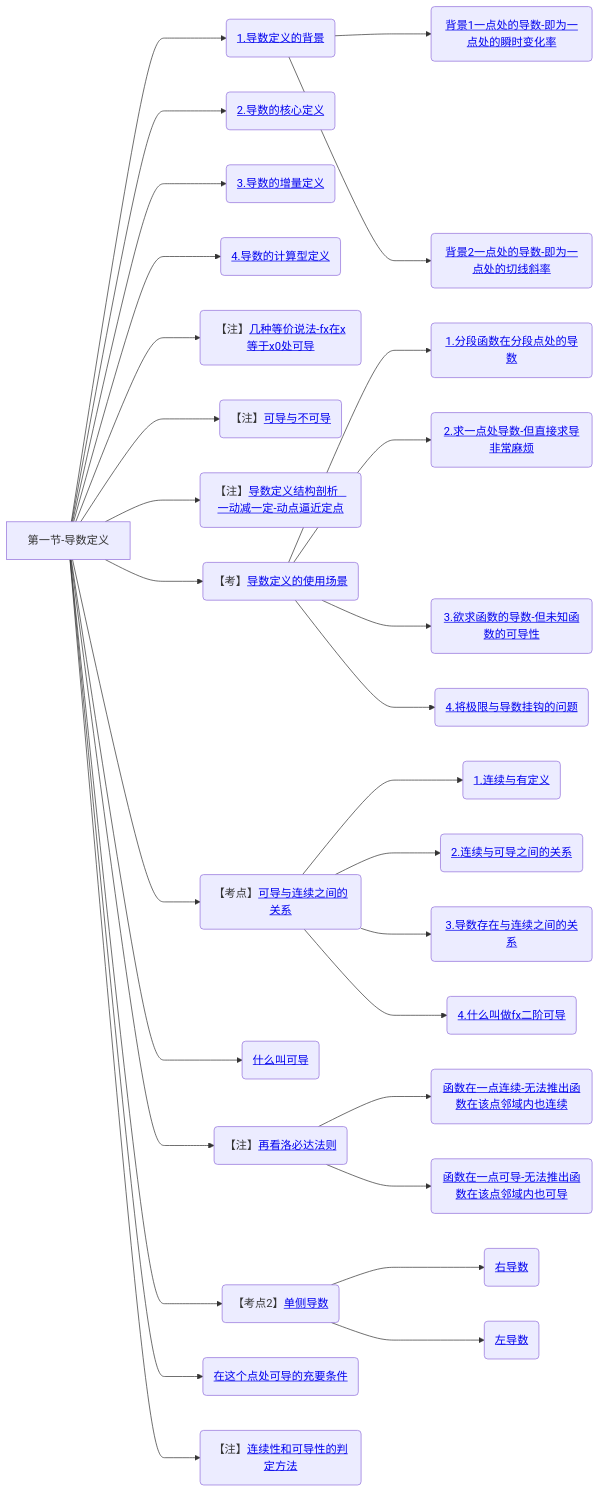
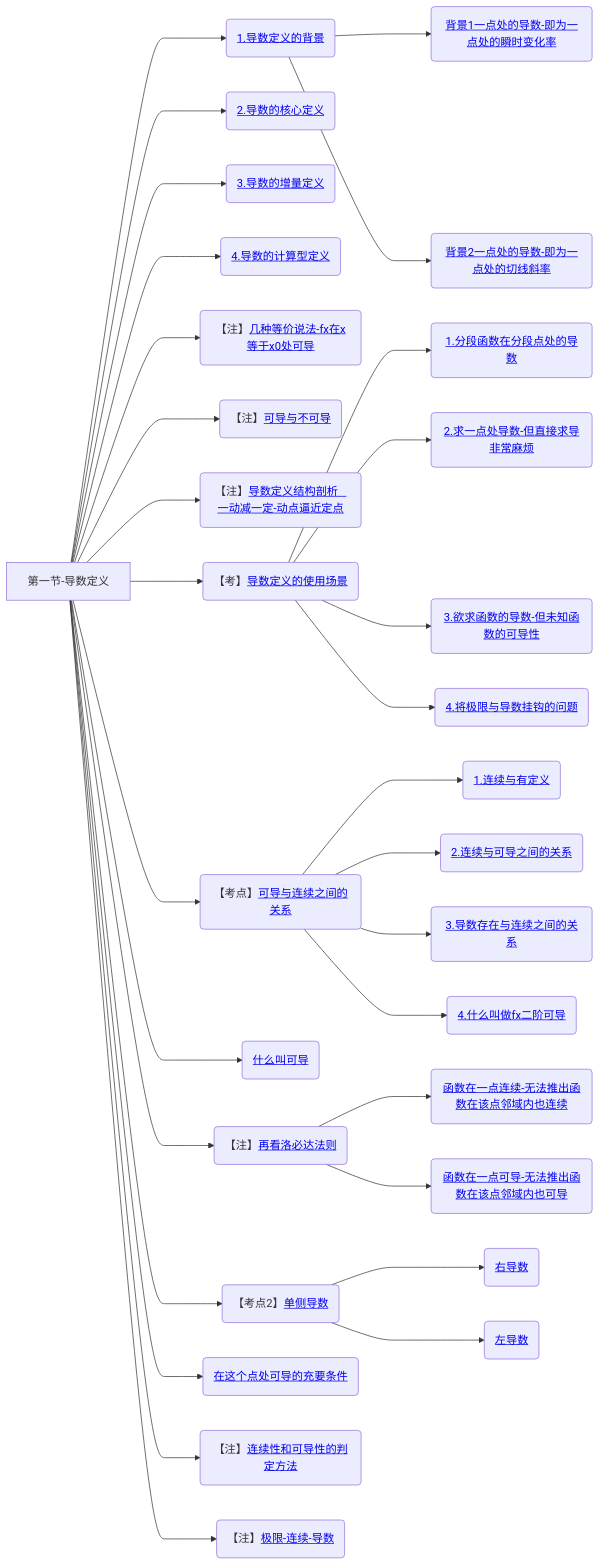
Diagram 11 of 11 in 笔记/数学/周洋鑫/01.基础班思维导图.md (yuebinghui/note), drawn with Mermaid before and after one commit. The commit also changed 3 other files, not shown here.

````diff
--- a/笔记/数学/周洋鑫/01.基础班思维导图.md
+++ b/笔记/数学/周洋鑫/01.基础班思维导图.md
@@ -401,40 +401,41 @@
 ```mermaid
 graph LR
 第一节-导数定义
 
 第一节-导数定义--->1.导数定义的背景(<a href="/Users/yuebinghui/Documents/program/github/note/笔记/数学/周洋鑫/基础班/10.连续与间断_导数定义_1.md#1.导数定义的背景">1.导数定义的背景</>)
 1.导数定义的背景--->背景1一点处的导数-即为一点处的瞬时变化率(<a href="/Users/yuebinghui/Documents/program/github/note/笔记/数学/周洋鑫/基础班/10.连续与间断_导数定义_1.md#背景1一点处的导数-即为一点处的瞬时变化率">背景1一点处的导数-即为一点处的瞬时变化率</>)
 1.导数定义的背景--->背景2一点处的导数-即为一点处的切线斜率(<a href="/Users/yuebinghui/Documents/program/github/note/笔记/数学/周洋鑫/基础班/10.连续与间断_导数定义_1.md#背景2一点处的导数-即为一点处的切线斜率">背景2一点处的导数-即为一点处的切线斜率</>)
 
 第一节-导数定义--->2.导数的核心定义(<a href="/Users/yuebinghui/Documents/program/github/note/笔记/数学/周洋鑫/基础班/10.连续与间断_导数定义_1.md#2.导数的核心定义">2.导数的核心定义</>)
 第一节-导数定义--->3.导数的增量定义(<a href="/Users/yuebinghui/Documents/program/github/note/笔记/数学/周洋鑫/基础班/10.连续与间断_导数定义_1.md#3.导数的增量定义">3.导数的增量定义</>)
 第一节-导数定义--->4.导数的计算型定义(<a href="/Users/yuebinghui/Documents/program/github/note/笔记/数学/周洋鑫/基础班/10.连续与间断_导数定义_1.md#4.导数的计算型定义">4.导数的计算型定义</>)
 
 第一节-导数定义--->几种等价说法-fx在x等于x0处可导(【注】<a href="/Users/yuebinghui/Documents/program/github/note/笔记/数学/周洋鑫/基础班/10.连续与间断_导数定义_1.md#几种等价说法-fx在x等于x0处可导">几种等价说法-fx在x等于x0处可导</>)
 第一节-导数定义--->可导与不可导(【注】<a href="/Users/yuebinghui/Documents/program/github/note/笔记/数学/周洋鑫/基础班/10.连续与间断_导数定义_1.md#可导与不可导">可导与不可导</>)
 第一节-导数定义--->导数定义结构剖析-一动减一定-动点逼近定点(【注】<a href="/Users/yuebinghui/Documents/program/github/note/笔记/数学/周洋鑫/基础班/10.连续与间断_导数定义_1.md#导数定义结构剖析-一动减一定-动点逼近定点">导数定义结构剖析   一动减一定-动点逼近定点</>)
 
 第一节-导数定义--->导数定义的使用场景(【考】<a href="/Users/yuebinghui/Documents/program/github/note/笔记/数学/周洋鑫/基础班/10.连续与间断_导数定义_1.md#导数定义的使用场景">导数定义的使用场景</>)
 导数定义的使用场景--->1.分段函数在分段点处的导数(<a href="/Users/yuebinghui/Documents/program/github/note/笔记/数学/周洋鑫/基础班/10.连续与间断_导数定义_1.md#1.分段函数在分段点处的导数">1.分段函数在分段点处的导数</>)
 导数定义的使用场景--->2.求一点处导数-但直接求导非常麻烦(<a href="/Users/yuebinghui/Documents/program/github/note/笔记/数学/周洋鑫/基础班/10.连续与间断_导数定义_1.md#2.求一点处导数-但直接求导非常麻烦">2.求一点处导数-但直接求导非常麻烦</>)
 导数定义的使用场景--->3.欲求函数的导数-但未知函数的可导性(<a href="/Users/yuebinghui/Documents/program/github/note/笔记/数学/周洋鑫/基础班/10.连续与间断_导数定义_1.md#3.欲求函数的导数-但未知函数的可导性">3.欲求函数的导数-但未知函数的可导性</>)
 导数定义的使用场景--->4.将极限与导数挂钩的问题(<a href="/Users/yuebinghui/Documents/program/github/note/笔记/数学/周洋鑫/基础班/10.连续与间断_导数定义_1.md#4.将极限与导数挂钩的问题">4.将极限与导数挂钩的问题</>)
 
 第一节-导数定义--->可导与连续之间的关系(【考点】<a href="/Users/yuebinghui/Documents/program/github/note/笔记/数学/周洋鑫/基础班/10.连续与间断_导数定义_1.md#可导与连续之间的关系">可导与连续之间的关系</>)
 可导与连续之间的关系--->1.连续与有定义(<a href="/Users/yuebinghui/Documents/program/github/note/笔记/数学/周洋鑫/基础班/10.连续与间断_导数定义_1.md#1.连续与有定义">1.连续与有定义</>)
 可导与连续之间的关系--->2.连续与可导之间的关系(<a href="/Users/yuebinghui/Documents/program/github/note/笔记/数学/周洋鑫/基础班/10.连续与间断_导数定义_1.md#2.连续与可导之间的关系">2.连续与可导之间的关系</>)
 可导与连续之间的关系--->3.导数存在与连续之间的关系(<a href="/Users/yuebinghui/Documents/program/github/note/笔记/数学/周洋鑫/基础班/10.连续与间断_导数定义_1.md#3.导数存在与连续之间的关系">3.导数存在与连续之间的关系</>)
 可导与连续之间的关系--->4.什么叫做fx二阶可导(<a href="/Users/yuebinghui/Documents/program/github/note/笔记/数学/周洋鑫/基础班/10.连续与间断_导数定义_1.md#4.什么叫做fx二阶可导">4.什么叫做fx二阶可导</>)
 
 第一节-导数定义--->什么叫可导(<a href="/Users/yuebinghui/Documents/program/github/note/笔记/数学/周洋鑫/基础班/11.导数定义_2.md#什么叫可导">什么叫可导</>)
 第一节-导数定义--->再看洛必达法则(【注】<a href="/Users/yuebinghui/Documents/program/github/note/笔记/数学/周洋鑫/基础班/11.导数定义_2.md#再看洛必达法则">再看洛必达法则</>)
 再看洛必达法则--->函数在一点连续-无法推出函数在该点邻域内也连续(<a href="/Users/yuebinghui/Documents/program/github/note/笔记/数学/周洋鑫/基础班/11.导数定义_2.md#函数在一点连续-无法推出函数在该点邻域内也连续">函数在一点连续-无法推出函数在该点邻域内也连续</>)
 再看洛必达法则--->函数在一点可导-无法推出函数在该点邻域内也可导(<a href="/Users/yuebinghui/Documents/program/github/note/笔记/数学/周洋鑫/基础班/11.导数定义_2.md#函数在一点可导-无法推出函数在该点邻域内也可导">函数在一点可导-无法推出函数在该点邻域内也可导</>)
 
 第一节-导数定义--->单侧导数(【考点2】<a href="/Users/yuebinghui/Documents/program/github/note/笔记/数学/周洋鑫/基础班/11.导数定义_2.md#单侧导数">单侧导数</>)
 单侧导数--->右导数(<a href="/Users/yuebinghui/Documents/program/github/note/笔记/数学/周洋鑫/基础班/11.导数定义_2.md#右导数">右导数</>)
 单侧导数--->左导数(<a href="/Users/yuebinghui/Documents/program/github/note/笔记/数学/周洋鑫/基础班/11.导数定义_2.md#左导数">左导数</>)
 
 第一节-导数定义--->在这个点处可导的充要条件(<a href="/Users/yuebinghui/Documents/program/github/note/笔记/数学/周洋鑫/基础班/11.导数定义_2.md#在这个点处可导的充要条件">在这个点处可导的充要条件</>)
 第一节-导数定义--->连续性和可导性的判定方法(【注】<a href="/Users/yuebinghui/Documents/program/github/note/笔记/数学/周洋鑫/基础班/11.导数定义_2.md#连续性和可导性的判定方法">连续性和可导性的判定方法</>)
+第一节-导数定义--->极限-连续-导数(【注】<a href="/Users/yuebinghui/Documents/program/github/note/笔记/数学/周洋鑫/基础班/11.导数定义_2.md#极限-连续-导数">极限-连续-导数</>)
 ```
````
